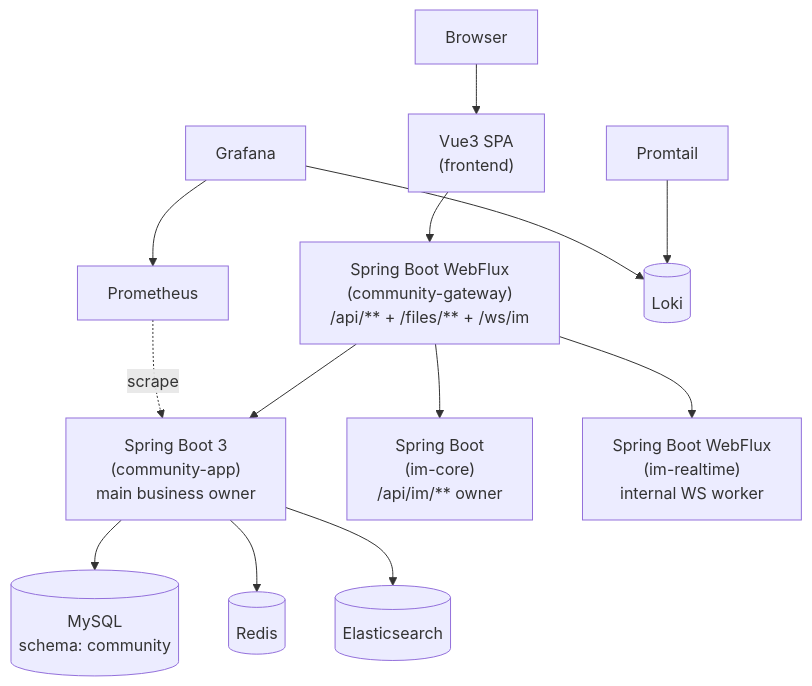
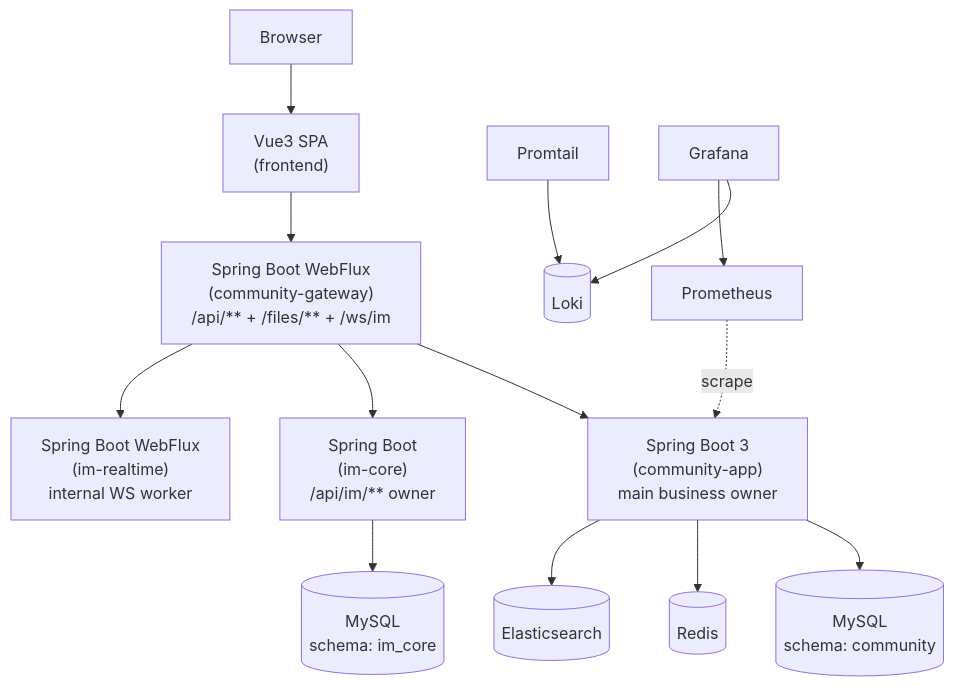
One commit to skt-shinyruo/community changed the diagram in docs/ARCHITECTURE.md. Above: the diagram before and after it, drawn with Mermaid. The commit also changed other lines of this file and 1 other file, not shown here.

````diff
--- a/docs/ARCHITECTURE.md
+++ b/docs/ARCHITECTURE.md
@@ -38,17 +38,18 @@
 ```mermaid
 flowchart TD
     Browser[Browser] --> FE["Vue3 SPA<br/>(frontend)"]
     FE --> GW["Spring Boot WebFlux<br/>(community-gateway)<br/>/api/** + /files/** + /ws/im"]
     GW --> APP["Spring Boot 3<br/>(community-app)<br/>main business owner"]
     GW --> IMCORE["Spring Boot<br/>(im-core)<br/>/api/im/** owner"]
     GW --> IMRT["Spring Boot WebFlux<br/>(im-realtime)<br/>internal WS worker"]
 
     APP --> MySQL[(MySQL<br/>schema: community)]
+    IMCORE --> IMMySQL[(MySQL<br/>schema: im_core)]
     APP --> Redis[(Redis)]
     APP --> ES[(Elasticsearch)]
 
     Prom[Prometheus] -. scrape .-> APP
     Logs[Promtail] --> Loki[(Loki)]
     Grafana[Grafana] --> Loki
     Grafana --> Prom
 ```
````
